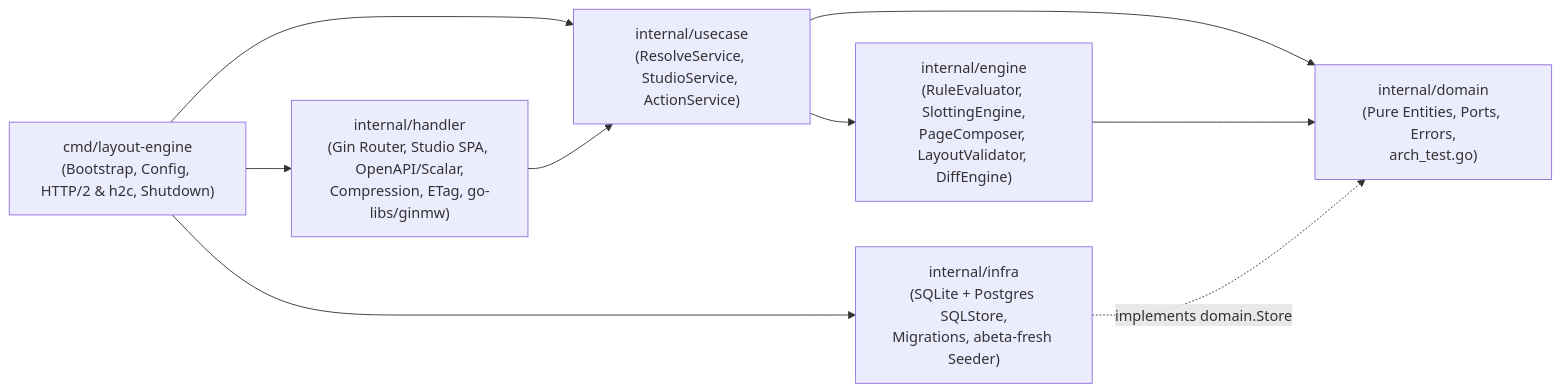
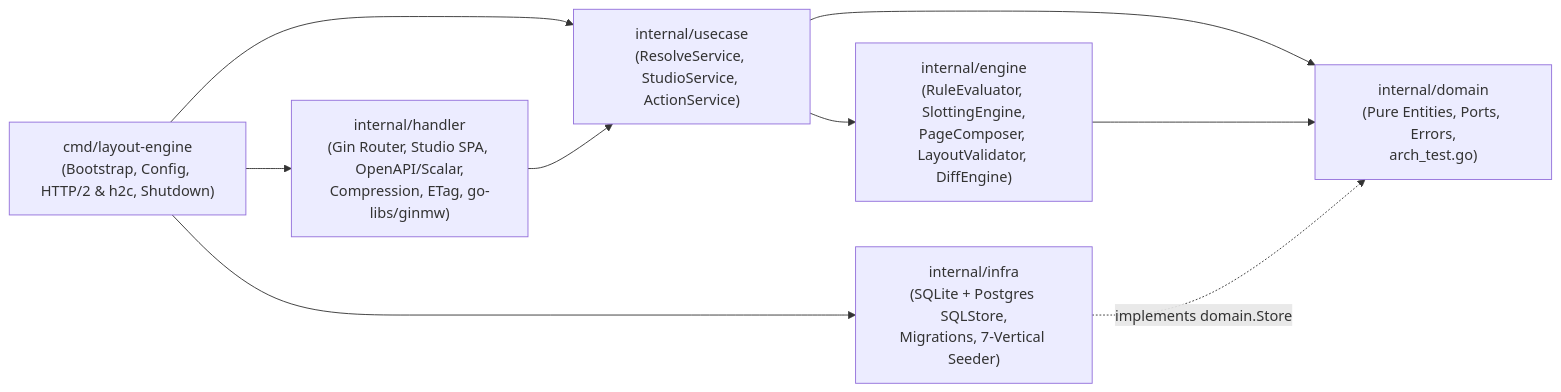
One commit to Abeta-dev/layout-engine changed the first of 2 diagrams in docs/architecture.md. Above: the diagram before and after it, drawn with Mermaid. The commit also changed other lines of this file and 32 other files, not shown here.

````diff
--- a/docs/architecture.md
+++ b/docs/architecture.md
@@ -11,18 +11,18 @@
 ```mermaid
 flowchart LR
     CMD["cmd/layout-engine\n(Bootstrap, Config, HTTP/2 & h2c, Shutdown)"]
     HANDLER["internal/handler\n(Gin Router, Studio SPA, OpenAPI/Scalar,\nCompression, ETag, go-libs/ginmw)"]
     USECASE["internal/usecase\n(ResolveService, StudioService, ActionService)"]
     ENGINE["internal/engine\n(RuleEvaluator, SlottingEngine,\nPageComposer, LayoutValidator, DiffEngine)"]
     DOMAIN["internal/domain\n(Pure Entities, Ports, Errors,\narch_test.go)"]
-    INFRA["internal/infra\n(SQLite + Postgres SQLStore,\nMigrations, abeta-fresh Seeder)"]
+    INFRA["internal/infra\n(SQLite + Postgres SQLStore,\nMigrations, 7-Vertical Seeder)"]
 
     CMD --> HANDLER
     CMD --> USECASE
     CMD --> INFRA
     HANDLER --> USECASE
     USECASE --> ENGINE
     USECASE --> DOMAIN
     ENGINE --> DOMAIN
     INFRA -. "implements domain.Store" .-> DOMAIN
 ```
````
